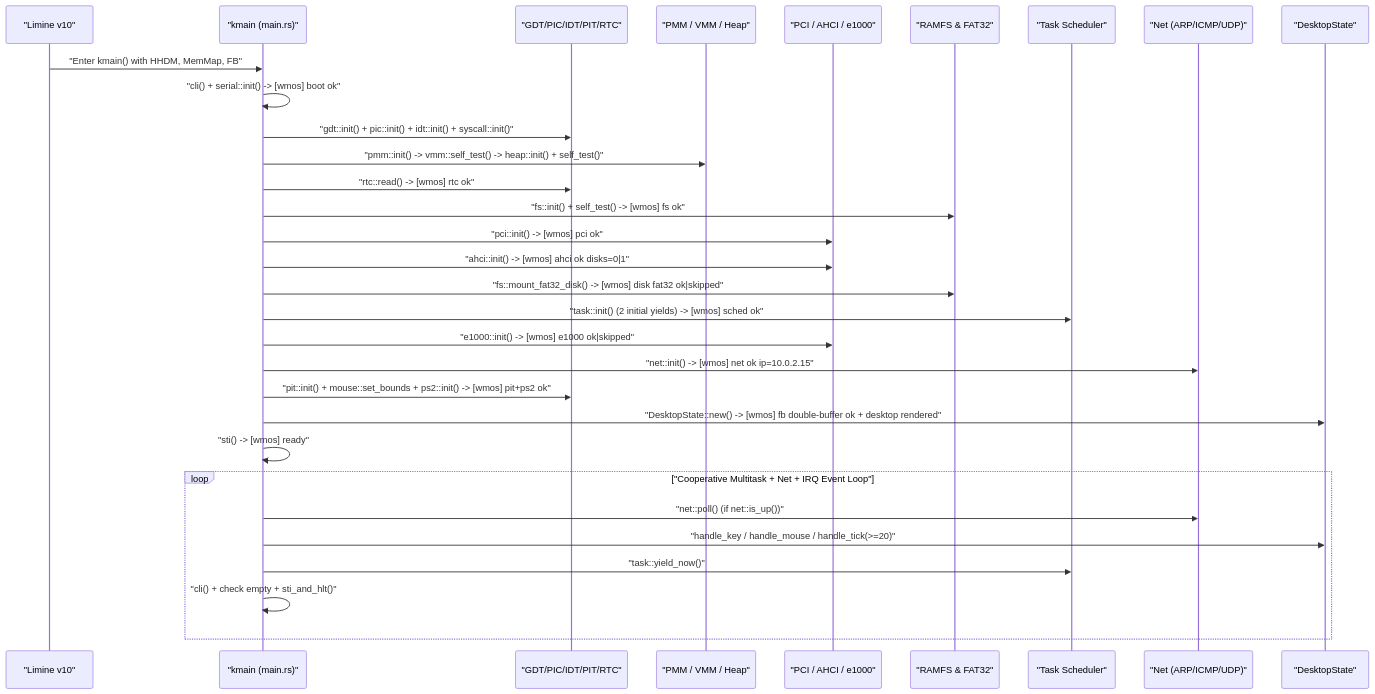
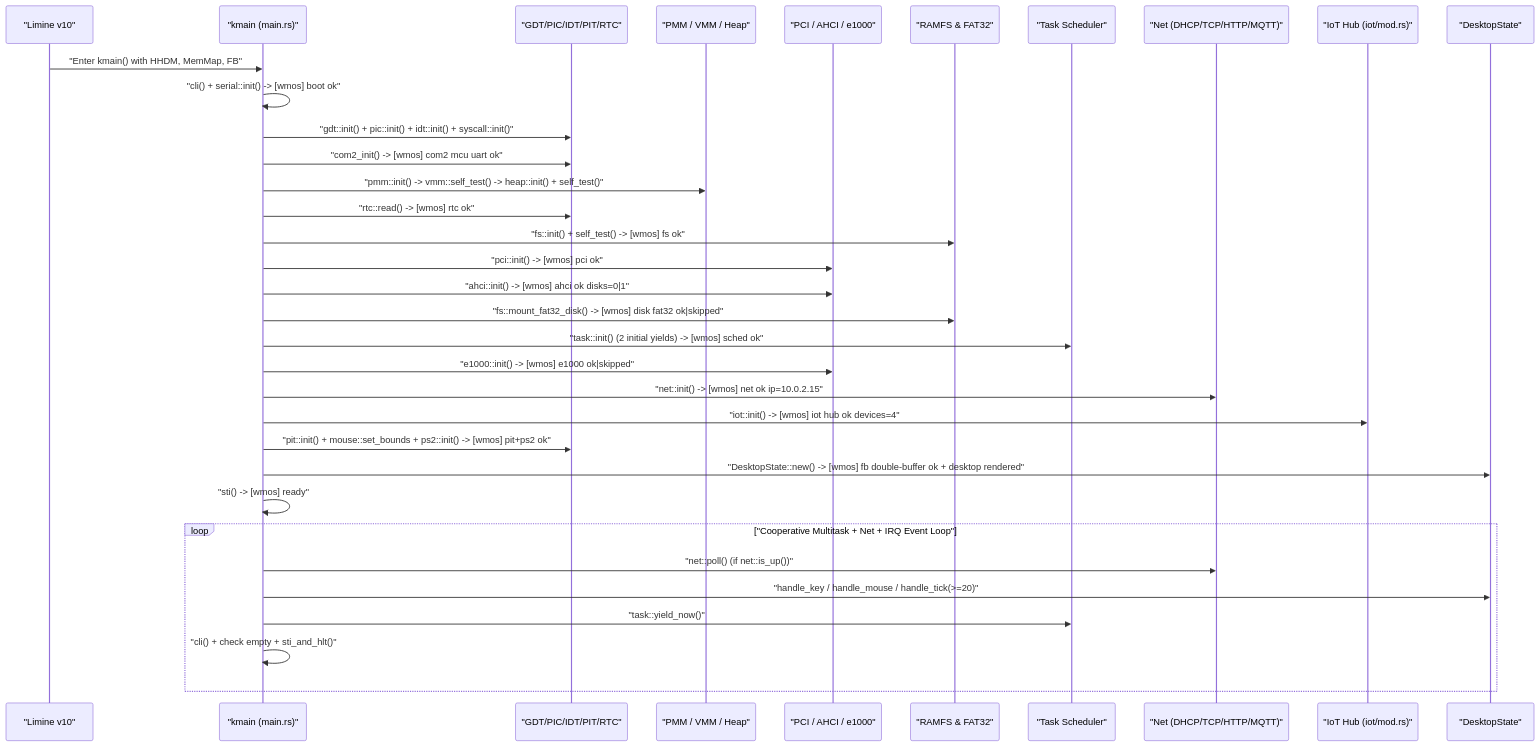
The second of 2 diagrams in docs/DESIGN.md (wmsir/wmos), drawn with Mermaid before and after one commit. The commit also changed other lines of this file and 11 other files, not shown here.

Commit message:
feat(v5.0.0): add DHCP, TCP/HTTP/MQTT, COM2 MCU UART, WMOS IoT Hub app, CI IoT verification, and synced docs

````diff
--- a/docs/DESIGN.md
+++ b/docs/DESIGN.md
@@ -153,34 +162,37 @@
 ```mermaid
 sequenceDiagram
     participant Limine as "Limine v10"
     participant KMain as "kmain (main.rs)"
     participant Arch as "GDT/PIC/IDT/PIT/RTC"
     participant Mem as "PMM / VMM / Heap"
     participant Bus as "PCI / AHCI / e1000"
     participant FS as "RAMFS & FAT32"
     participant Task as "Task Scheduler"
-    participant Net as "Net (ARP/ICMP/UDP)"
+    participant Net as "Net (DHCP/TCP/HTTP/MQTT)"
+    participant IoT as "IoT Hub (iot/mod.rs)"
     participant UI as "DesktopState"
 
     Limine->>KMain: "Enter kmain() with HHDM, MemMap, FB"
     KMain->>KMain: "cli() + serial::init() -> [wmos] boot ok"
     KMain->>Arch: "gdt::init() + pic::init() + idt::init() + syscall::init()"
+    KMain->>Arch: "com2_init() -> [wmos] com2 mcu uart ok"
     KMain->>Mem: "pmm::init() -> vmm::self_test() -> heap::init() + self_test()"
     KMain->>Arch: "rtc::read() -> [wmos] rtc ok"
     KMain->>FS: "fs::init() + self_test() -> [wmos] fs ok"
     KMain->>Bus: "pci::init() -> [wmos] pci ok"
     KMain->>Bus: "ahci::init() -> [wmos] ahci ok disks=0|1"
     KMain->>FS: "fs::mount_fat32_disk() -> [wmos] disk fat32 ok|skipped"
     KMain->>Task: "task::init() (2 initial yields) -> [wmos] sched ok"
     KMain->>Bus: "e1000::init() -> [wmos] e1000 ok|skipped"
     KMain->>Net: "net::init() -> [wmos] net ok ip=10.0.2.15"
+    KMain->>IoT: "iot::init() -> [wmos] iot hub ok devices=4"
     KMain->>Arch: "pit::init() + mouse::set_bounds + ps2::init() -> [wmos] pit+ps2 ok"
     KMain->>UI: "DesktopState::new() -> [wmos] fb double-buffer ok + desktop rendered"
     KMain->>KMain: "sti() -> [wmos] ready"
     loop "Cooperative Multitask + Net + IRQ Event Loop"
         KMain->>Net: "net::poll() (if net::is_up())"
         KMain->>UI: "handle_key / handle_mouse / handle_tick(>=20)"
         KMain->>Task: "task::yield_now()"
         KMain->>KMain: "cli() + check empty + sti_and_hlt()"
     end
 ```
````
